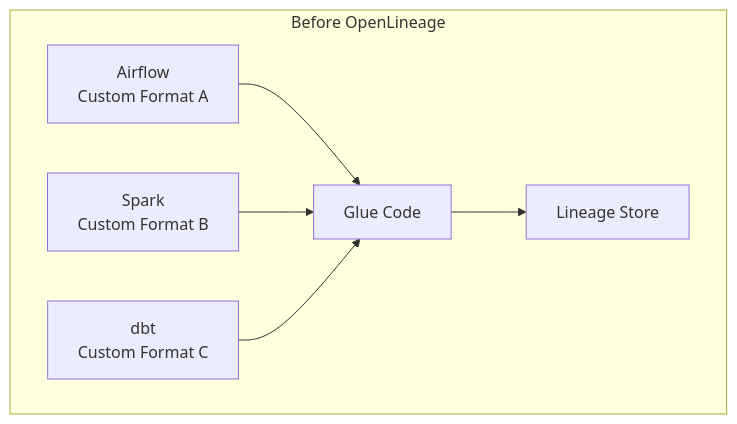
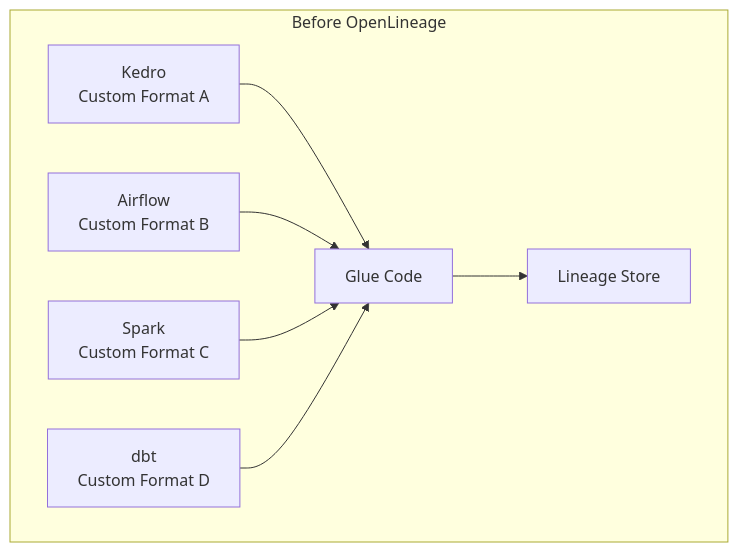
The first of 12 diagrams in chapters/05-openlineage-standard.md (millsks/data-lineage-book), drawn with Mermaid before and after one commit. The commit also changed other lines of this file and 4 other files, not shown here.

Commit message:
fix: update references from Airflow to Kedro in multiple chapters for consistency

````diff
--- a/chapters/05-openlineage-standard.md
+++ b/chapters/05-openlineage-standard.md
@@ -28,9 +28,10 @@
 ```mermaid
 graph TD
     subgraph "Before OpenLineage"
-        A1["Airflow<br/>Custom Format A"] --> G1["Glue Code"]
-        S1["Spark<br/>Custom Format B"] --> G1
-        D1["dbt<br/>Custom Format C"] --> G1
+        K1["Kedro<br/>Custom Format A"] --> G1["Glue Code"]
+        A1["Airflow<br/>Custom Format B"] --> G1
+        S1["Spark<br/>Custom Format C"] --> G1
+        D1["dbt<br/>Custom Format D"] --> G1
         G1 --> L1["Lineage Store"]
     end
 ```
````
